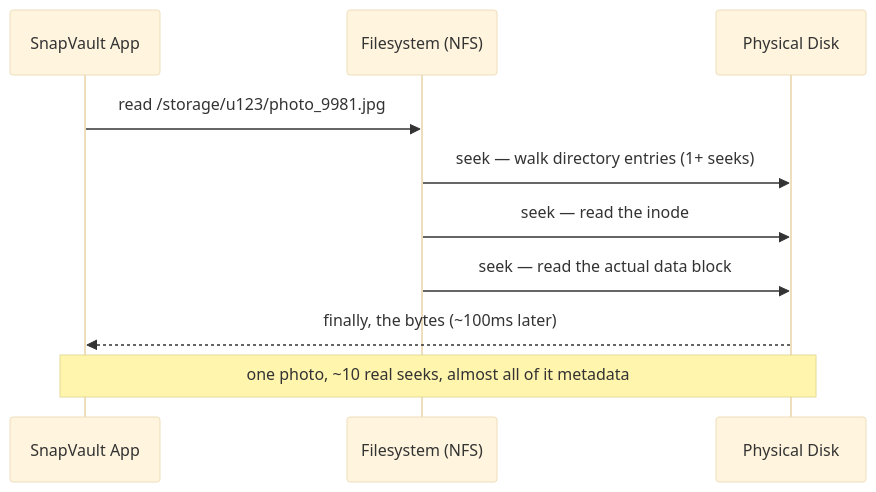
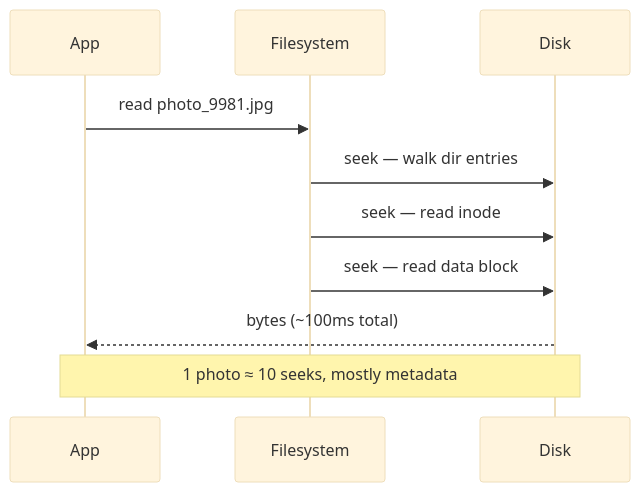
One commit to riyaz-pasha/Learnings changed the first of 16 diagrams in system-design/HLD/0-course/20-Blob-Store-FAANG-Guide-story.md. Above: the diagram before and after it, drawn with Mermaid (base theme). The commit also changed other lines of this file and 1 other file, not shown here.

First line of the commit message:
improve readability and fix mermaid diagrams for Blob Store guides

````diff
--- a/system-design/HLD/0-course/20-Blob-Store-FAANG-Guide-story.md
+++ b/system-design/HLD/0-course/20-Blob-Store-FAANG-Guide-story.md
@@ -15,13 +44,13 @@
 ```mermaid
 sequenceDiagram
-    participant App as SnapVault App
-    participant FS as Filesystem (NFS)
-    participant Disk as Physical Disk
+    participant App as App
+    participant FS as Filesystem
+    participant Disk as Disk
 
-    App->>FS: read /storage/u123/photo_9981.jpg
-    FS->>Disk: seek — walk directory entries (1+ seeks)
-    FS->>Disk: seek — read the inode
-    FS->>Disk: seek — read the actual data block
-    Disk-->>App: finally, the bytes (~100ms later)
-    Note over App,Disk: one photo, ~10 real seeks, almost all of it metadata
+    App->>FS: read photo_9981.jpg
+    FS->>Disk: seek — walk dir entries
+    FS->>Disk: seek — read inode
+    FS->>Disk: seek — read data block
+    Disk-->>App: bytes (~100ms total)
+    Note over App,Disk: 1 photo ≈ 10 seeks, mostly metadata
 ```
````
